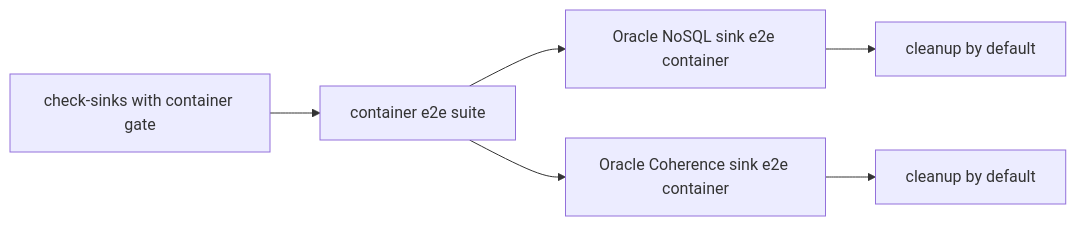
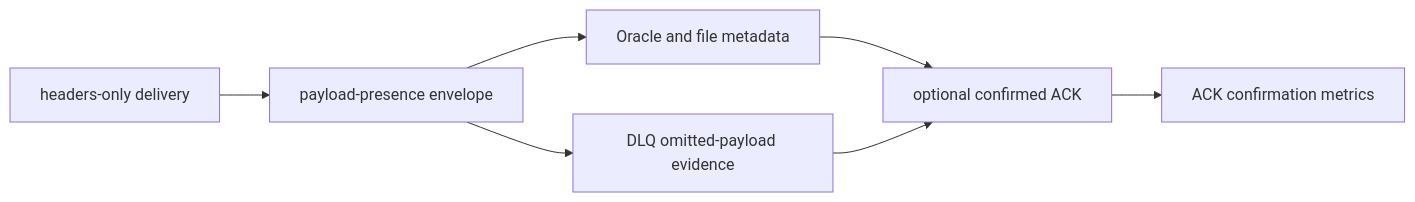
Before and after one commit to ProjectCuillin/nats-sinks: the diagram in docs/test-report.md, drawn with Mermaid. The commit also changed other lines of this file and 45 other files, not shown here.

Commit message:
Add headers-only and ACK confirmation contracts

````diff
--- a/docs/test-report.md
+++ b/docs/test-report.md
@@ -33,8 +40,9 @@
 ```mermaid
 flowchart LR
-    CheckSinks[check-sinks with container gate] --> Suite[container e2e suite]
-    Suite --> NoSQL[Oracle NoSQL sink e2e container]
-    Suite --> Coherence[Oracle Coherence sink e2e container]
-    NoSQL --> CleanupA[cleanup by default]
-    Coherence --> CleanupB[cleanup by default]
+    Headers[headers-only delivery] --> Envelope[payload-presence envelope]
+    Envelope --> Sink[Oracle and file metadata]
+    Envelope --> DLQ[DLQ omitted-payload evidence]
+    Sink --> Ack[optional confirmed ACK]
+    DLQ --> Ack
+    Ack --> Metrics[ACK confirmation metrics]
 ```
````
